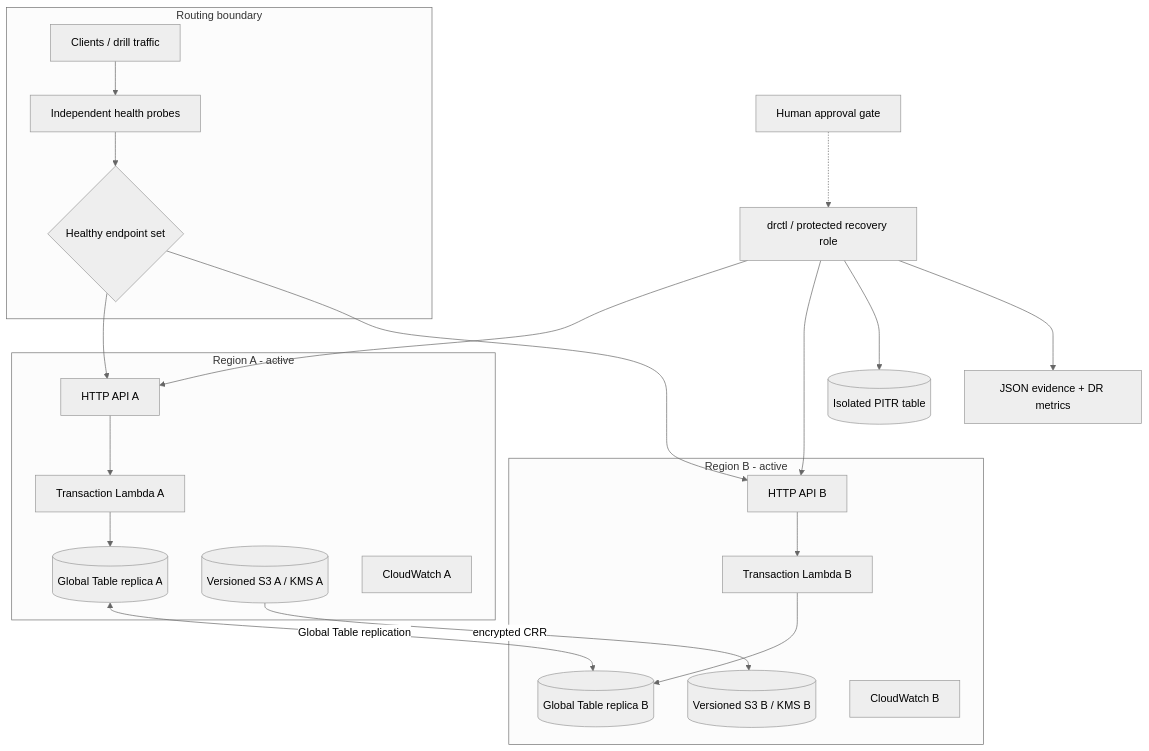
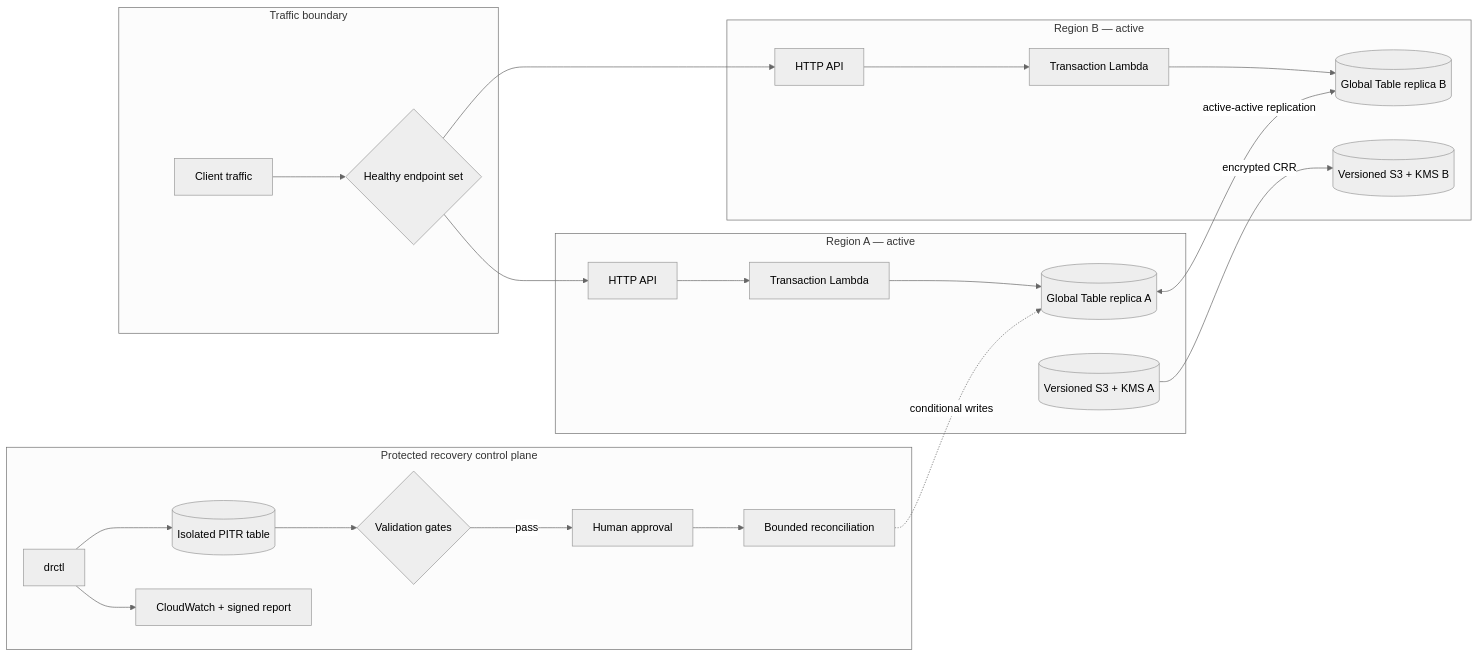
One commit to Shaharyarzd/multiregion-disaster-recovery-platform changed the diagram in docs/architecture.md. Above: the diagram before and after it, drawn with Mermaid (neutral theme). The commit also changed other lines of this file and 3 other files, not shown here.

````diff
--- a/docs/architecture.md
+++ b/docs/architecture.md
@@ -12,28 +12,33 @@
 ```mermaid
-flowchart TB
-  subgraph Edge[Routing boundary]
-    Client[Clients / drill traffic] --> Health[Independent health probes]
-    Health --> Route{Healthy endpoint set}
+flowchart LR
+  subgraph Traffic[Traffic boundary]
+    Client[Client traffic] --> Router{Healthy endpoint set}
   end
-  subgraph A[Region A - active]
-    APIA[HTTP API A] --> LambdaA[Transaction Lambda A]
+
+  subgraph A[Region A — active]
+    APIA[HTTP API] --> LambdaA[Transaction Lambda]
     LambdaA --> DDBA[(Global Table replica A)]
-    S3A[(Versioned S3 A / KMS A)]
-    CWA[CloudWatch A]
+    S3A[(Versioned S3 + KMS A)]
   end
-  subgraph B[Region B - active]
-    APIB[HTTP API B] --> LambdaB[Transaction Lambda B]
+
+  subgraph B[Region B — active]
+    APIB[HTTP API] --> LambdaB[Transaction Lambda]
     LambdaB --> DDBB[(Global Table replica B)]
-    S3B[(Versioned S3 B / KMS B)]
-    CWB[CloudWatch B]
+    S3B[(Versioned S3 + KMS B)]
   end
-  Route --> APIA
-  Route --> APIB
-  DDBA <--> |Global Table replication| DDBB
-  S3A --> |encrypted CRR| S3B
-  Controller[drctl / protected recovery role] --> APIA
-  Controller --> APIB
-  Controller --> Restore[(Isolated PITR table)]
-  Controller --> Evidence[JSON evidence + DR metrics]
-  Approval[Human approval gate] -.-> Controller
+
+  Router --> APIA
+  Router --> APIB
+  DDBA <-->|active-active replication| DDBB
+  S3A -->|encrypted CRR| S3B
+
+  subgraph Recovery[Protected recovery control plane]
+    Controller[drctl] --> Restore[(Isolated PITR table)]
+    Restore --> Validate{Validation gates}
+    Validate -->|pass| Approval[Human approval]
+    Approval --> Reconcile[Bounded reconciliation]
+    Controller --> Evidence[CloudWatch + signed report]
+  end
+
+  Reconcile -.->|conditional writes| DDBA
 ```
````
